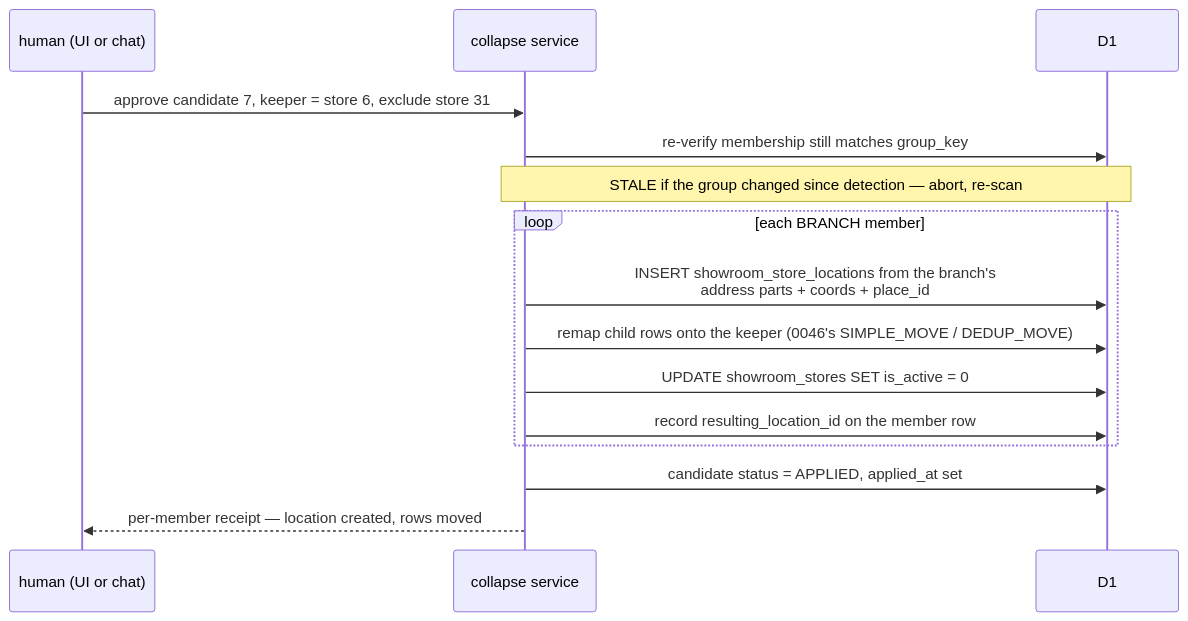
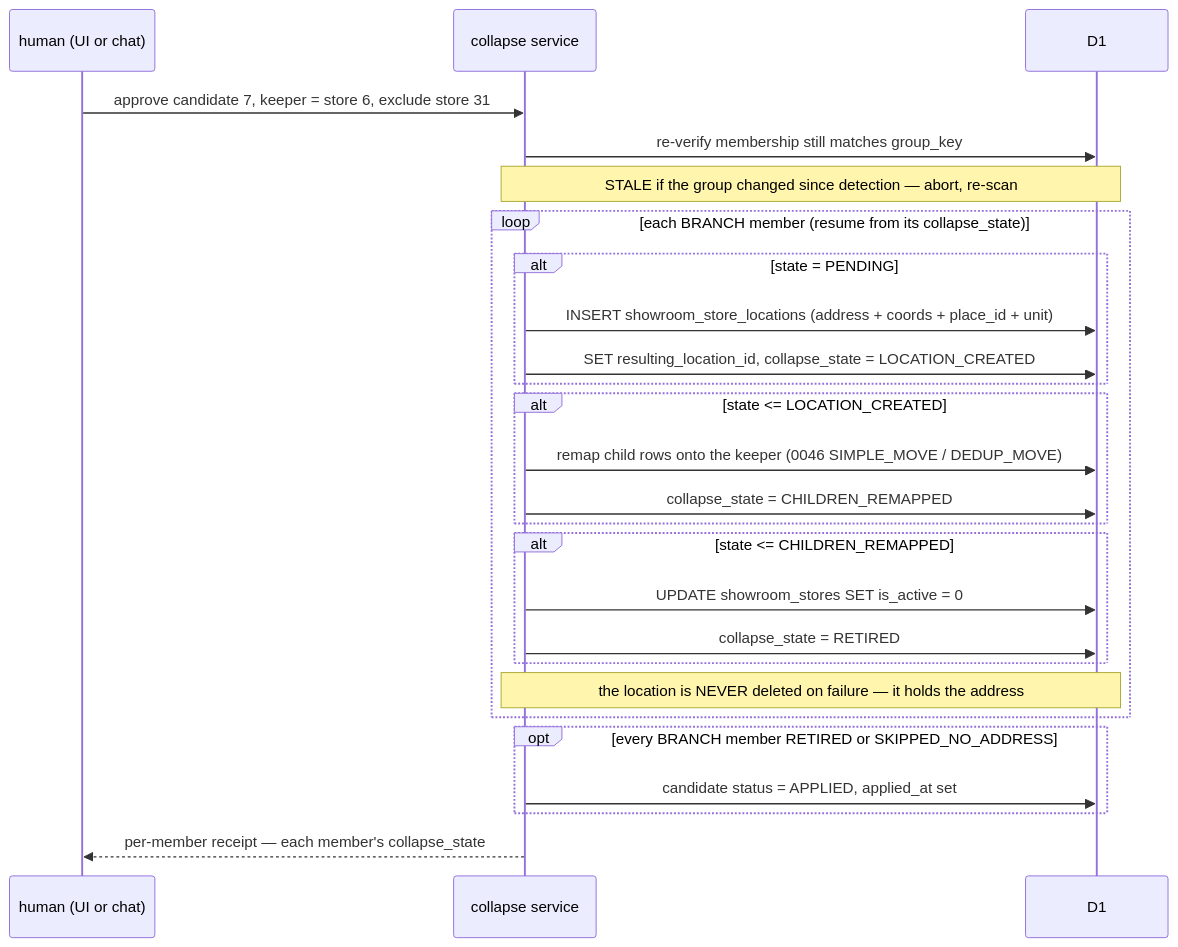
One commit to jmbish04/core-remodel changed the fourth of 5 diagrams in docs/0047_showroom_branch_collapse/IMPLEMENTATION_PLAN.md. Above: the diagram before and after it, drawn with Mermaid. The commit also changed other lines of this file and 2 other files, not shown here.

First line of the commit message:
docs(0047): per-member collapse state machine + precise exclusion pairs (codra)

````diff
--- a/docs/0047_showroom_branch_collapse/IMPLEMENTATION_PLAN.md
+++ b/docs/0047_showroom_branch_collapse/IMPLEMENTATION_PLAN.md
@@ -158,17 +166,28 @@
 ```mermaid
 sequenceDiagram
     participant H as human (UI or chat)
     participant S as collapse service
     participant D as D1
     H->>S: approve candidate 7, keeper = store 6, exclude store 31
     S->>D: re-verify membership still matches group_key
     Note over S,D: STALE if the group changed since detection — abort, re-scan
-    loop each BRANCH member
-        S->>D: INSERT showroom_store_locations from the branch's<br/>address parts + coords + place_id
-        S->>D: remap child rows onto the keeper (0046's SIMPLE_MOVE / DEDUP_MOVE)
-        S->>D: UPDATE showroom_stores SET is_active = 0
-        S->>D: record resulting_location_id on the member row
+    loop each BRANCH member (resume from its collapse_state)
+        alt state = PENDING
+            S->>D: INSERT showroom_store_locations (address + coords + place_id + unit)
+            S->>D: SET resulting_location_id, collapse_state = LOCATION_CREATED
+        end
+        alt state <= LOCATION_CREATED
+            S->>D: remap child rows onto the keeper (0046 SIMPLE_MOVE / DEDUP_MOVE)
+            S->>D: collapse_state = CHILDREN_REMAPPED
+        end
+        alt state <= CHILDREN_REMAPPED
+            S->>D: UPDATE showroom_stores SET is_active = 0
+            S->>D: collapse_state = RETIRED
+        end
+        Note over S,D: the location is NEVER deleted on failure — it holds the address
     end
-    S->>D: candidate status = APPLIED, applied_at set
-    S-->>H: per-member receipt — location created, rows moved
+    opt every BRANCH member RETIRED or SKIPPED_NO_ADDRESS
+        S->>D: candidate status = APPLIED, applied_at set
+    end
+    S-->>H: per-member receipt — each member's collapse_state
 ```
````
